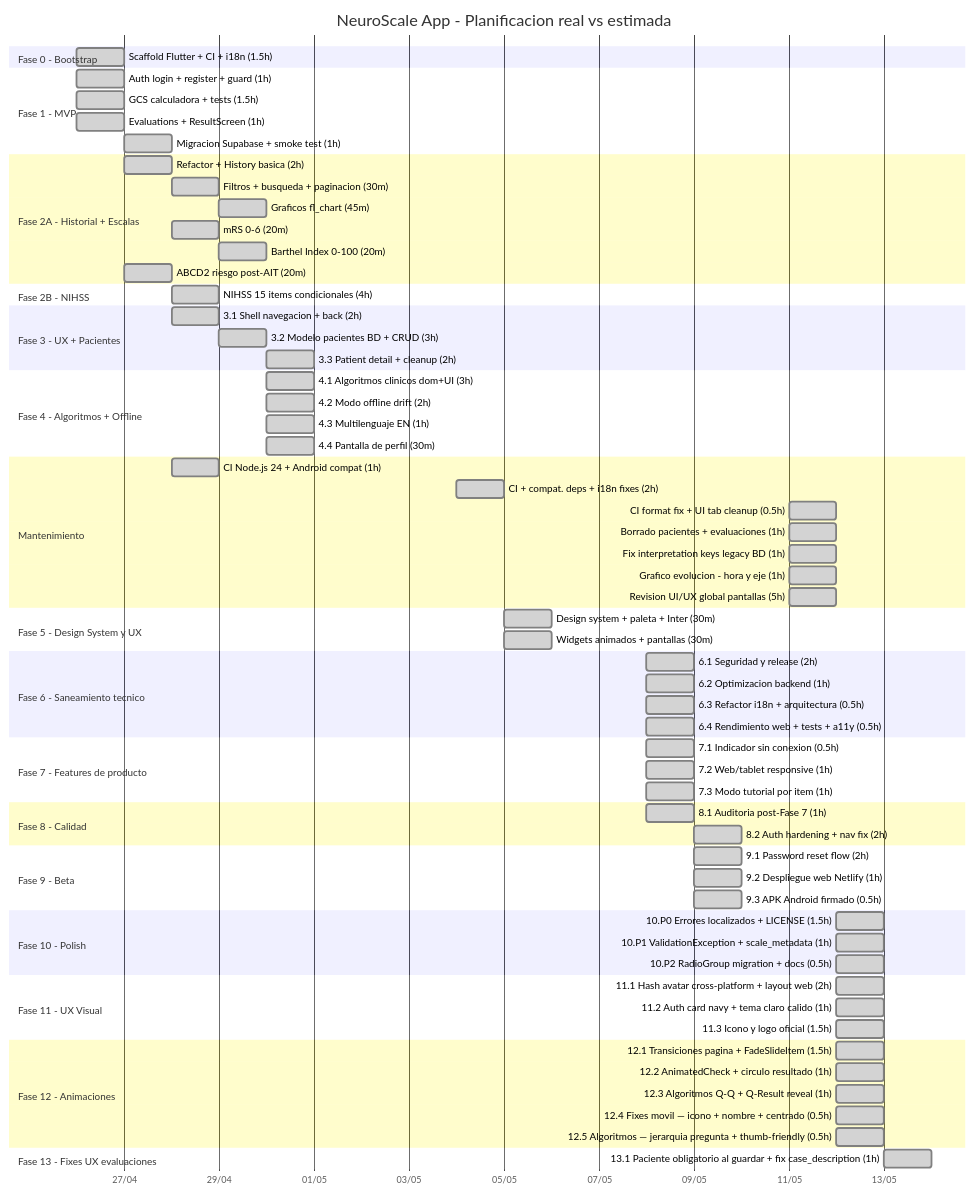
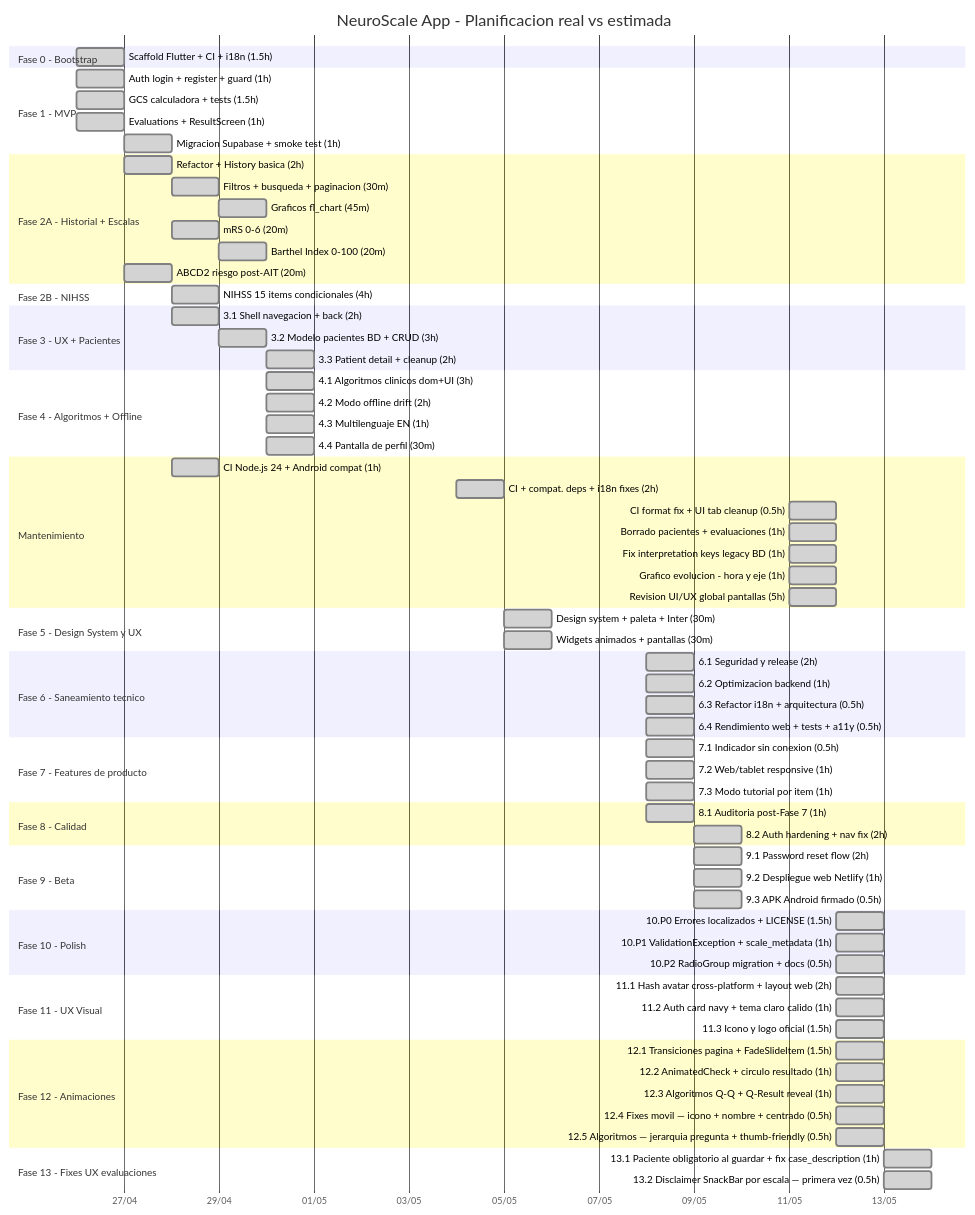
One commit to grisllo/NeuroScaleApp changed the diagram in README.md. Above: the diagram before and after it, drawn with Mermaid. The commit also changed other lines of this file and 1 other file, not shown here.

Commit message:
docs(gantt): Fase 13.2 disclaimer SnackBar, ~75h

````diff
--- a/README.md
+++ b/README.md
@@ -133,4 +133,5 @@
 
     section Fase 13 - Fixes UX evaluaciones
     13.1 Paciente obligatorio al guardar + fix case_description (1h) :done, f13a, 2026-05-13, 1d
+    13.2 Disclaimer SnackBar por escala — primera vez (0.5h) :done, f13b, 2026-05-13, 1d
 ```
````
